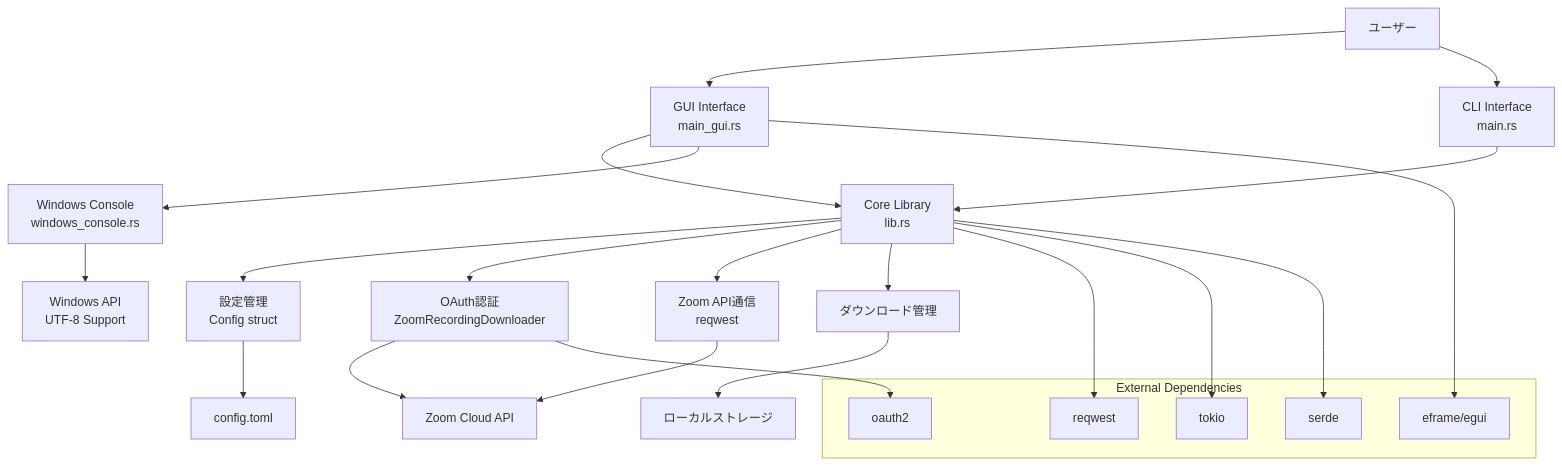
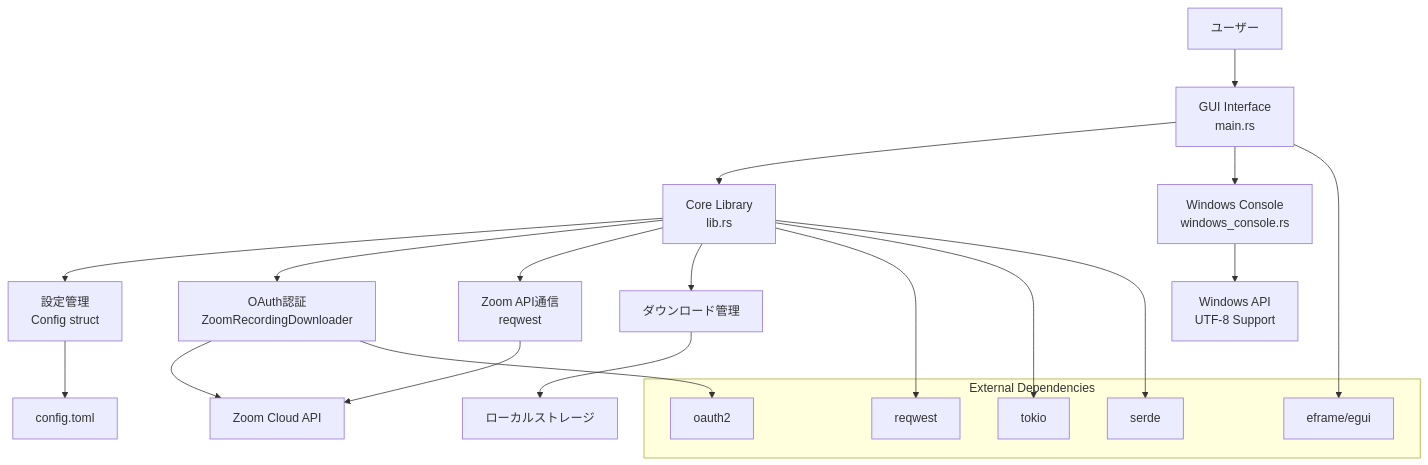
The first of 7 diagrams in ARCHITECTURE.md (toshimana/zoom_video_mover), drawn with Mermaid before and after one commit. The commit also changed other lines of this file and 5 other files, not shown here.

````diff
--- a/ARCHITECTURE.md
+++ b/ARCHITECTURE.md
@@ -5,37 +5,35 @@
 ```mermaid
 graph TB
-    User[ユーザー] --> GUI[GUI Interface<br/>main_gui.rs]
-    User --> CLI[CLI Interface<br/>main.rs]
+    User[ユーザー] --> GUI[GUI Interface<br/>main.rs]
     
     GUI --> Core[Core Library<br/>lib.rs]
-    CLI --> Core
     
     Core --> Config[設定管理<br/>Config struct]
     Core --> Auth[OAuth認証<br/>ZoomRecordingDownloader]
     Core --> API[Zoom API通信<br/>reqwest]
     Core --> Download[ダウンロード管理]
     
     Config --> File1[config.toml]
     
     Auth --> Zoom[Zoom OAuth Server]
     API --> Zoom[Zoom Cloud API]
     
     Download --> Local[ローカルストレージ]
     
     GUI --> Windows[Windows Console<br/>windows_console.rs]
     Windows --> WinAPI[Windows API<br/>UTF-8 Support]
     
     subgraph "External Dependencies"
         eframe[eframe/egui]
         reqwest[reqwest]
         oauth2[oauth2]
         tokio[tokio]
         serde[serde]
     end
     
     GUI --> eframe
     Core --> reqwest
     Auth --> oauth2
     Core --> tokio
     Core --> serde
 ```
````
